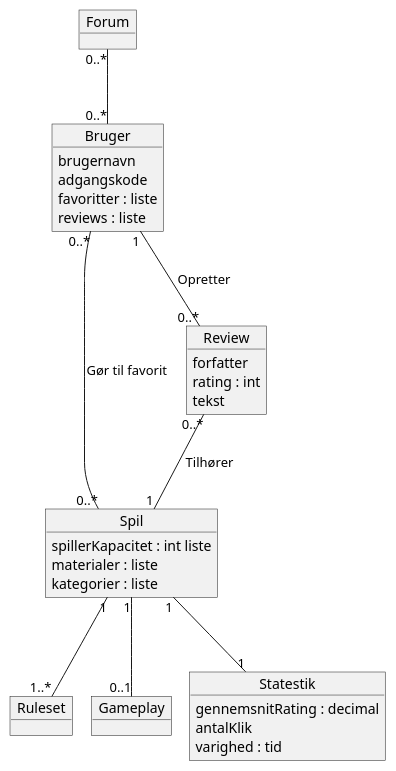
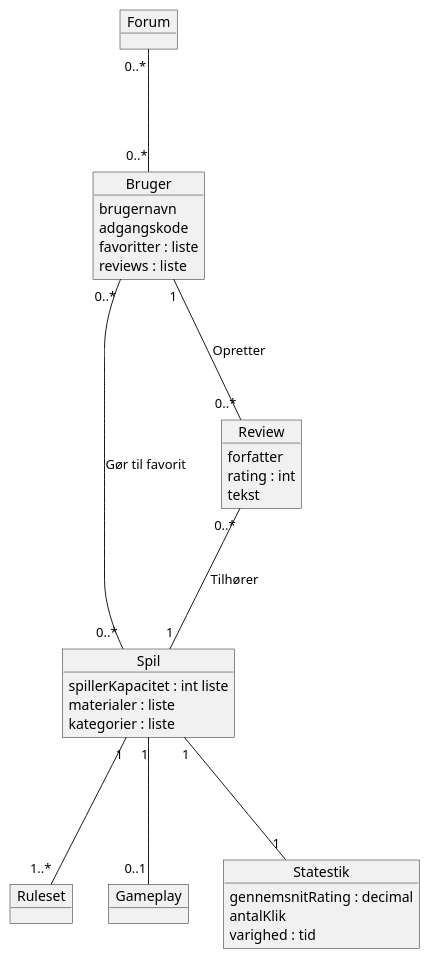
One commit to AlecDH/Party-Games-Pet-Project changed the diagram in doc/Domæne.puml. Above: the diagram before and after it, drawn with PlantUML. The commit also changed 1 other file, not shown here.

Commit message:
Updated domain model and integrated mermaid in readme

```diff
--- a/doc/Domæne.puml
+++ b/doc/Domæne.puml
@@ -1,44 +1,42 @@
 @startuml
-!pragma layout smetana
-'https://plantuml.com/sequence-diagram
 
 object Bruger{
 brugernavn
 adgangskode
 favoritter : liste
 reviews : liste
 }
 
 object Spil{
 spillerKapacitet : int liste
 materialer : liste
 kategorier : liste
 }
 
 object Review{
 forfatter
 rating : int
 tekst
 }
 
 object Forum
 
 object Ruleset
 
 object Gameplay
 
 object Statestik{
 gennemsnitRating : decimal
 antalKlik
 varighed : tid
 }
 
 Bruger "0..*" --- "0..*" Spil : Gør til favorit
 Review "0..*" --- "1" Spil : Tilhører
 Bruger "1" --- "0..*" Review : Opretter
 Forum "0..*" --- "0..*" Bruger
 Spil "1" --- "1..*" Ruleset
 Spil "1" --- "0..1" Gameplay
 Spil "1" --- "1" Statestik
 
 @enduml
```
